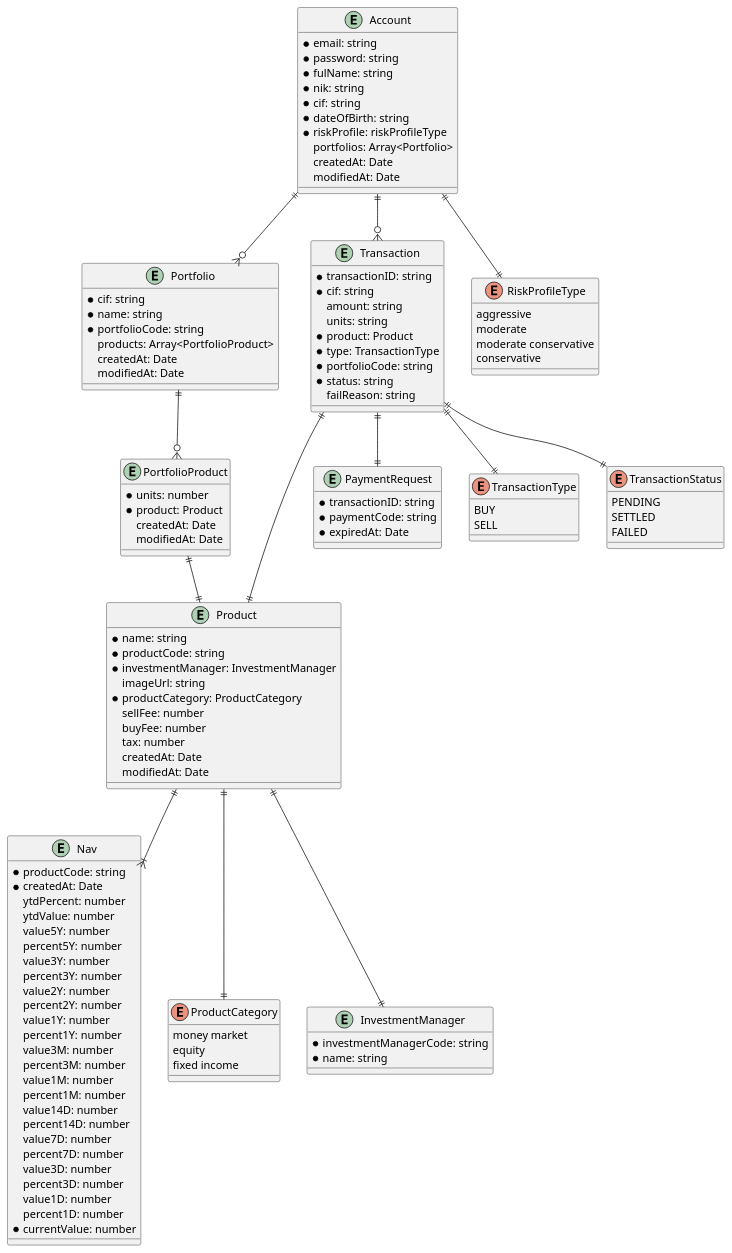
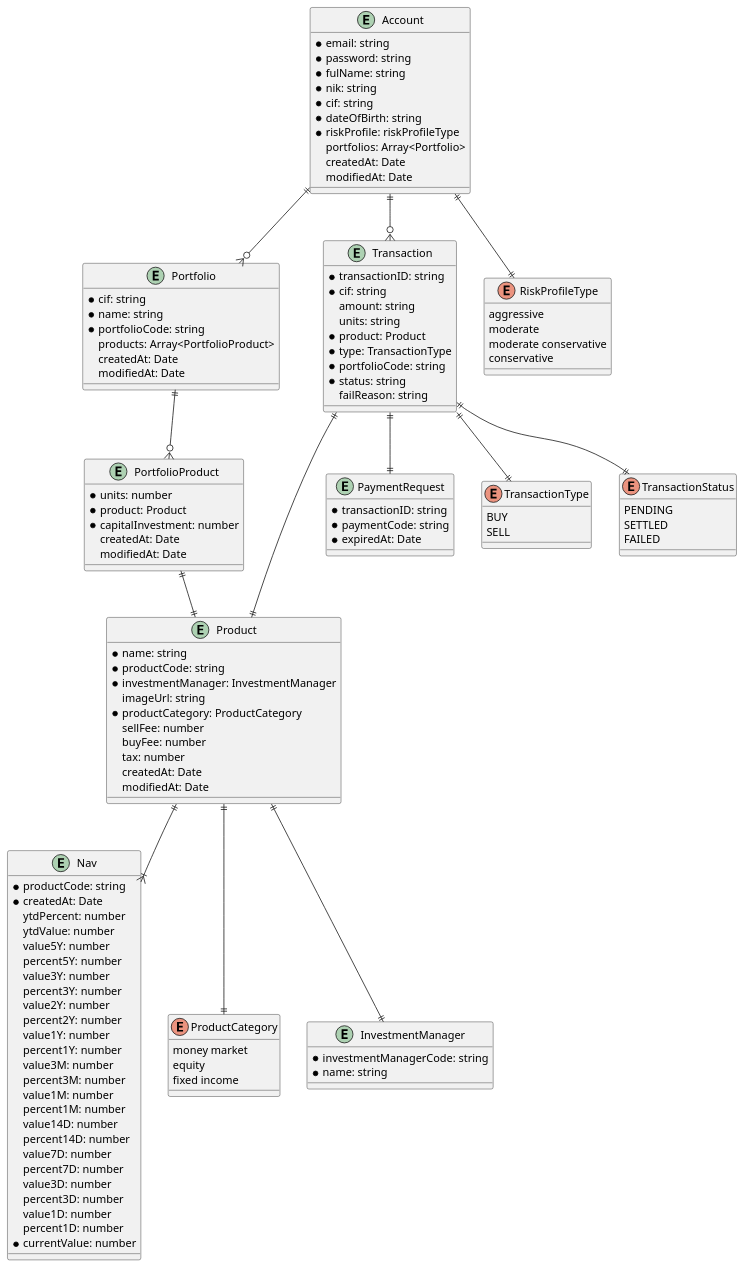
One commit to ilhamtubagus/mug-jakarta-mutual-funds changed the diagram in database-design.puml. Above: the diagram before and after it, drawn with PlantUML. The commit also changed 1 other file, not shown here.

Commit message:
update database schema and validation

```diff
--- a/database-design.puml
+++ b/database-design.puml
@@ -1,132 +1,133 @@
 @startuml
 
 entity Account {
     *email: string
     *password: string
     *fulName: string
     *nik: string
     *cif: string
     *dateOfBirth: string
     *riskProfile: riskProfileType
     portfolios: Array<Portfolio>
     createdAt: Date
     modifiedAt: Date
 }
 
 entity Portfolio {
     *cif: string
     *name: string
     *portfolioCode: string
     products: Array<PortfolioProduct>
     createdAt: Date
     modifiedAt: Date
 }
 
 entity PortfolioProduct {
     *units: number
     *product: Product
+    *capitalInvestment: number
     createdAt: Date
     modifiedAt: Date
 }
 
 entity Product {
     *name: string
     *productCode: string
     *investmentManager: InvestmentManager
     imageUrl: string
     *productCategory: ProductCategory
     sellFee: number
     buyFee: number
     tax: number
     createdAt: Date
     modifiedAt: Date
 }
 
 entity Nav {
     *productCode: string
     *createdAt: Date
     ytdPercent: number
     ytdValue: number
     value5Y: number
     percent5Y: number
     value3Y: number
     percent3Y: number
     value2Y: number
     percent2Y: number
     value1Y: number
     percent1Y: number
     value3M: number
     percent3M: number
     value1M: number
     percent1M: number
     value14D: number
     percent14D: number
     value7D: number
     percent7D: number
     value3D: number
     percent3D: number
     value1D: number
     percent1D: number
     *currentValue: number
 }
 
 enum ProductCategory {
     money market
     equity
     fixed income
 }
 
 entity Transaction {
     *transactionID: string
     *cif: string
     amount: string
     units: string
     *product: Product
     *type: TransactionType
     *portfolioCode: string
     *status: string
     failReason: string
 }
 
 entity "PaymentRequest" {
     *transactionID: string
     *paymentCode: string
     *expiredAt: Date
 }
 
 enum TransactionType {
     BUY
     SELL
 }
 
 enum TransactionStatus {
     PENDING
     SETTLED
     FAILED
 }
 
 enum RiskProfileType{
     aggressive
     moderate
     moderate conservative
     conservative
 }
 
 entity InvestmentManager {
     *investmentManagerCode: string
     *name: string
 }
 
 Product ||--|| ProductCategory
 Product ||--|{ Nav
 PortfolioProduct ||--|| Product
 Product ||--|| InvestmentManager
 Portfolio ||--o{ PortfolioProduct
 Account ||--o{ Portfolio
 Account ||--o{ Transaction
 Transaction ||--|| TransactionStatus
 Transaction ||--|| TransactionType
 Account ||--|| RiskProfileType
 Transaction ||--|| "PaymentRequest"
 Transaction ||--|| Product
 @enduml
```
